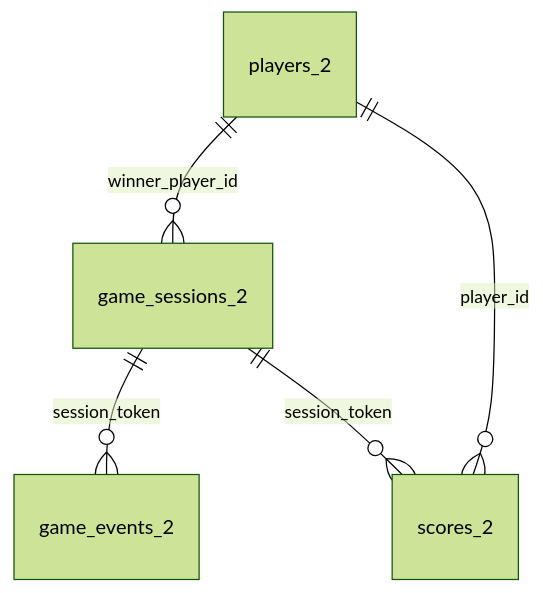
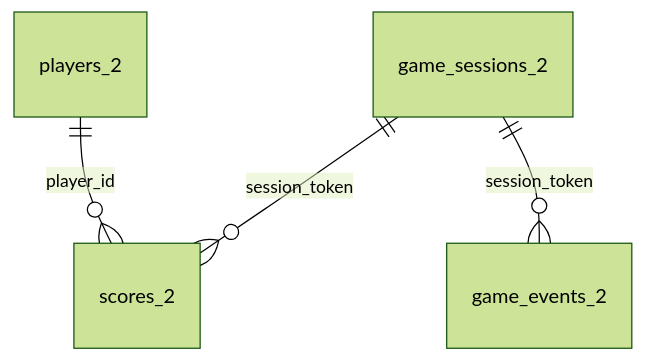
The third of 3 diagrams in README.en.md (Alexander0Yusov/catch-the-google), drawn with Mermaid (forest theme) before and after one commit. The commit also changed other lines of this file, not shown here.

````diff
--- a/README.en.md
+++ b/README.en.md
@@ -248,7 +235,6 @@
 ```mermaid
 erDiagram
-  players_2 ||--o{ game_sessions_2 : winner_player_id
-  game_sessions_2 ||--o{ game_events_2 : session_token
   players_2 ||--o{ scores_2 : player_id
   game_sessions_2 ||--o{ scores_2 : session_token
+  game_sessions_2 ||--o{ game_events_2 : session_token
 ```
````
